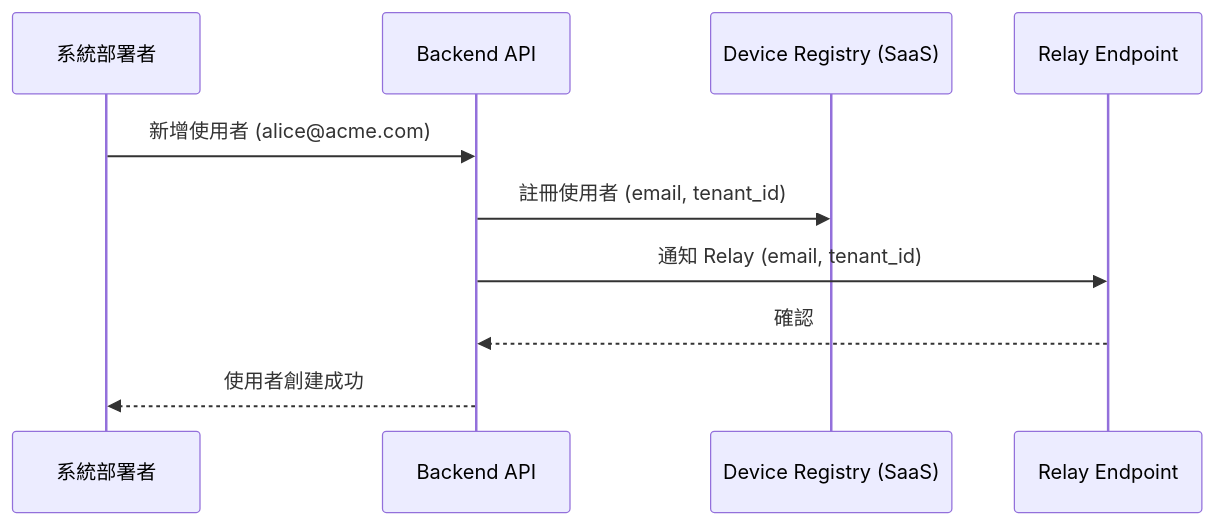
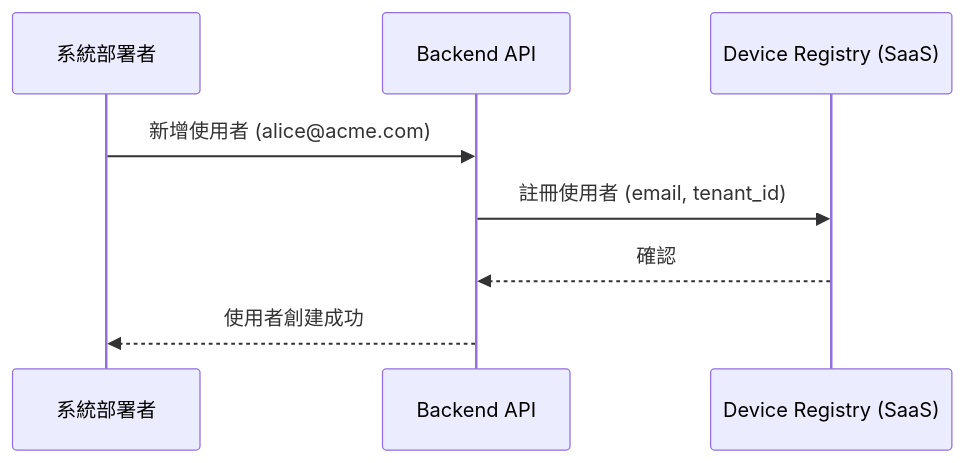
The fourth of 5 diagrams in containerDiagram.md (marychoucool/sentinelDesign), drawn with Mermaid before and after one commit. The commit also changed other lines of this file and 3 other files, not shown here.

Commit message:
ota-flow

````diff
--- a/containerDiagram.md
+++ b/containerDiagram.md
@@ -161,13 +164,11 @@
 ```mermaid
 sequenceDiagram
     participant Deployer as 系統部署者
     participant API as Backend API
     participant Registry as Device Registry (SaaS)
-    participant Relay as Relay Endpoint
 
     Deployer->>API: 新增使用者 (alice@acme.com)
     API->>Registry: 註冊使用者 (email, tenant_id)
-    API->>Relay: 通知 Relay (email, tenant_id)
-    Relay-->>API: 確認
+    Registry-->>API: 確認
     API-->>Deployer: 使用者創建成功
 ```
````
